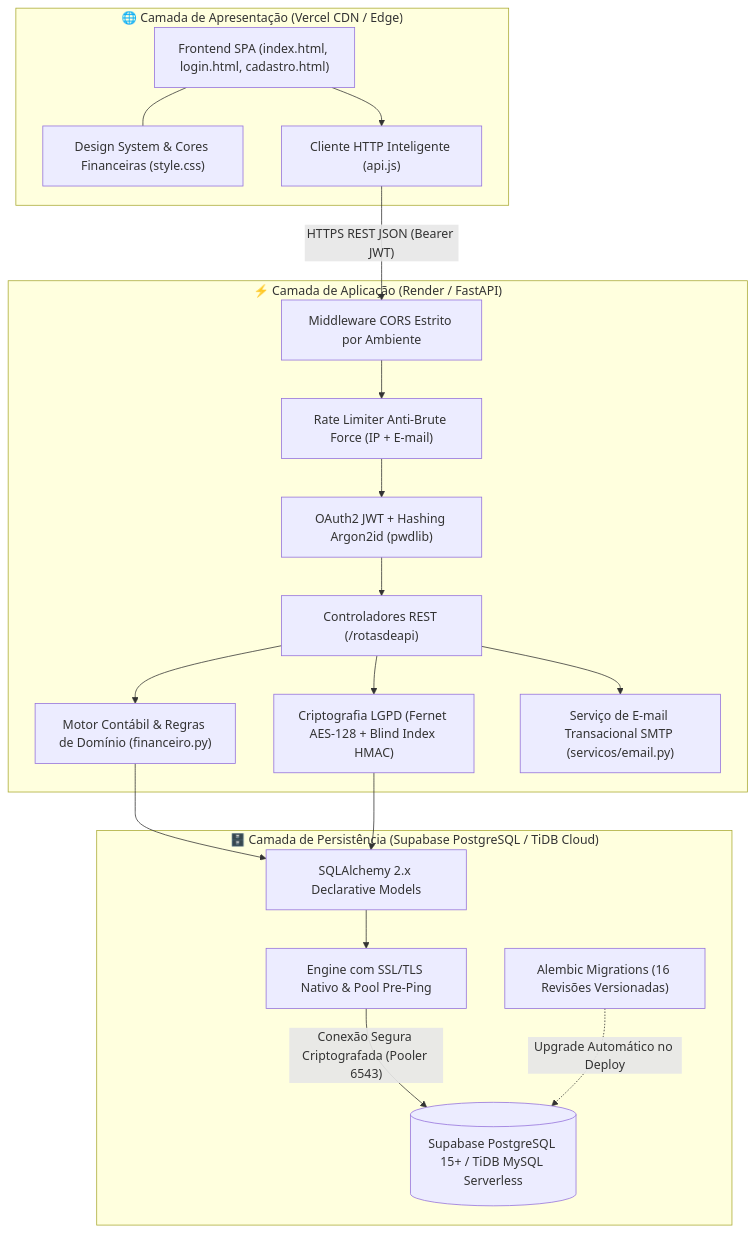
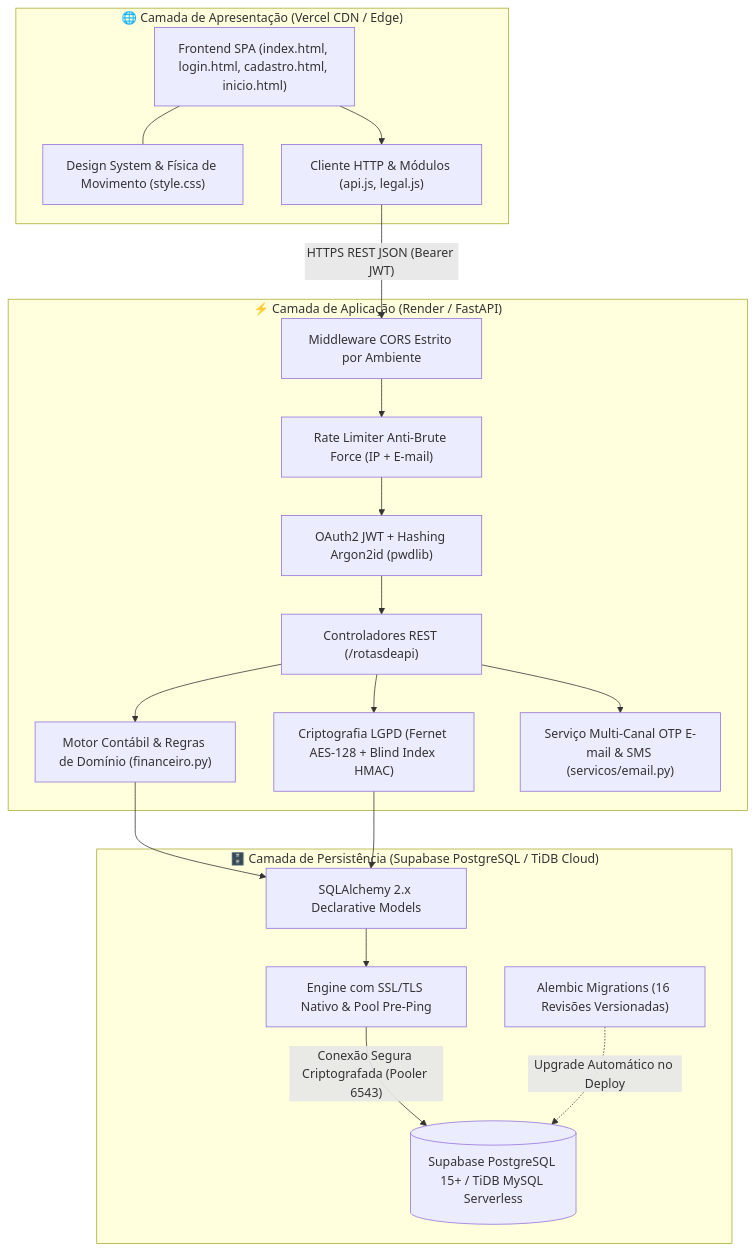
One commit to arthurcamrocha20052008/fluxo_caixa changed the first of 2 diagrams in README.md. Above: the diagram before and after it, drawn with Mermaid. The commit also changed other lines of this file and 47 other files, not shown here.

Commit message:
feat(fullstack): zero-cpf lgpd auth, 2fa otp email/sms, 4-skills design engineering & docs

````diff
--- a/README.md
+++ b/README.md
@@ -80,41 +99,41 @@
 ```mermaid
 flowchart TD
     subgraph PresentationLayer ["🌐 Camada de Apresentação (Vercel CDN / Edge)"]
-        SPA["Frontend SPA (index.html, login.html, cadastro.html)"]
-        DESIGN["Design System & Cores Financeiras (style.css)"]
-        HTTP_CLIENT["Cliente HTTP Inteligente (api.js)"]
+        SPA["Frontend SPA (index.html, login.html, cadastro.html, inicio.html)"]
+        DESIGN["Design System & Física de Movimento (style.css)"]
+        HTTP_CLIENT["Cliente HTTP & Módulos (api.js, legal.js)"]
         SPA --- DESIGN
         SPA --> HTTP_CLIENT
     end
 
     subgraph ApplicationLayer ["⚡ Camada de Aplicação (Render / FastAPI)"]
         CORS_FILTER["Middleware CORS Estrito por Ambiente"]
         RATE_LIMIT["Rate Limiter Anti-Brute Force (IP + E-mail)"]
         SECURITY_MOD["OAuth2 JWT + Hashing Argon2id (pwdlib)"]
         ROUTERS["Controladores REST (/rotasdeapi)"]
         ENGINE["Motor Contábil & Regras de Domínio (financeiro.py)"]
         CRYPTO["Criptografia LGPD (Fernet AES-128 + Blind Index HMAC)"]
-        EMAIL_SVC["Serviço de E-mail Transacional SMTP (servicos/email.py)"]
+        OTP_SVC["Serviço Multi-Canal OTP E-mail & SMS (servicos/email.py)"]
 
         HTTP_CLIENT -- "HTTPS REST JSON (Bearer JWT)" --> CORS_FILTER
         CORS_FILTER --> RATE_LIMIT
         RATE_LIMIT --> SECURITY_MOD
         SECURITY_MOD --> ROUTERS
         ROUTERS --> ENGINE
         ROUTERS --> CRYPTO
-        ROUTERS --> EMAIL_SVC
+        ROUTERS --> OTP_SVC
     end
 
     subgraph PersistenceLayer ["🗄️ Camada de Persistência (Supabase PostgreSQL / TiDB Cloud)"]
         ORM["SQLAlchemy 2.x Declarative Models"]
         POOL["Engine com SSL/TLS Nativo & Pool Pre-Ping"]
         ALEMBIC["Alembic Migrations (16 Revisões Versionadas)"]
         DATABASE[("Supabase PostgreSQL 15+ / TiDB MySQL Serverless")]
 
         ENGINE --> ORM
         CRYPTO --> ORM
         ORM --> POOL
         POOL -- "Conexão Segura Criptografada (Pooler 6543)" --> DATABASE
         ALEMBIC -. "Upgrade Automático no Deploy" .-> DATABASE
     end
 ```
````
